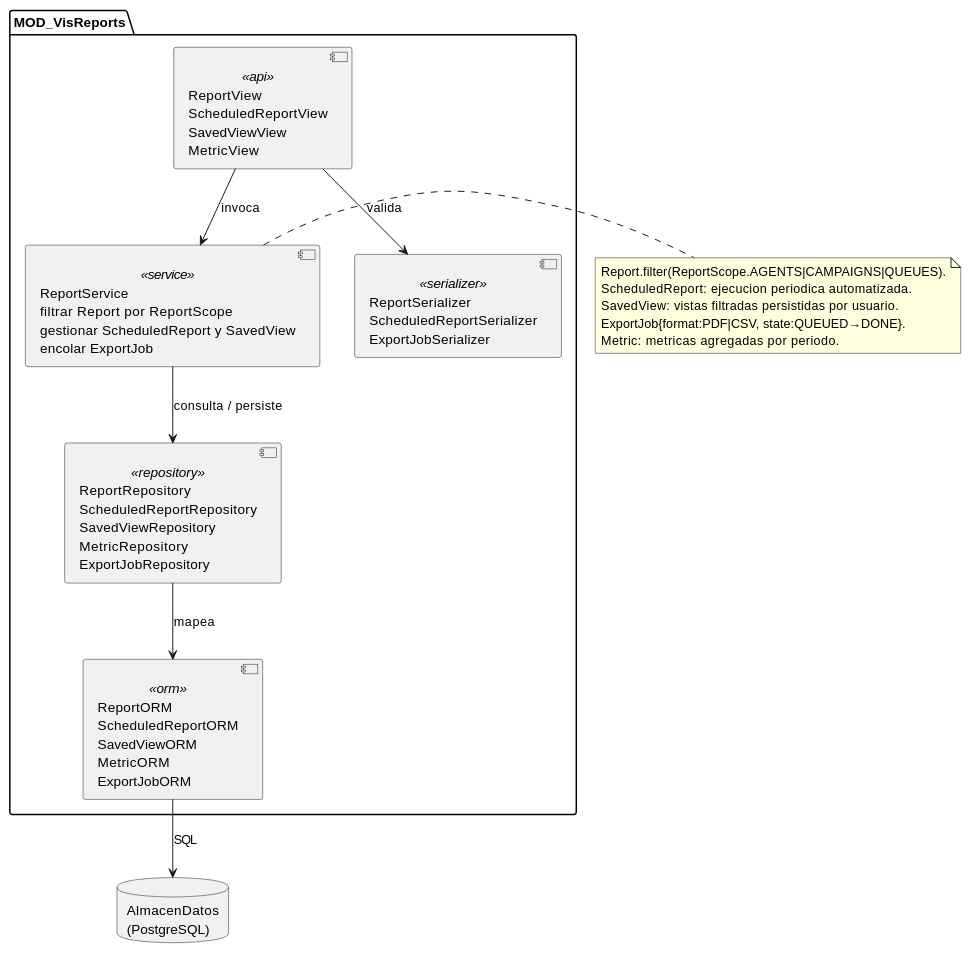
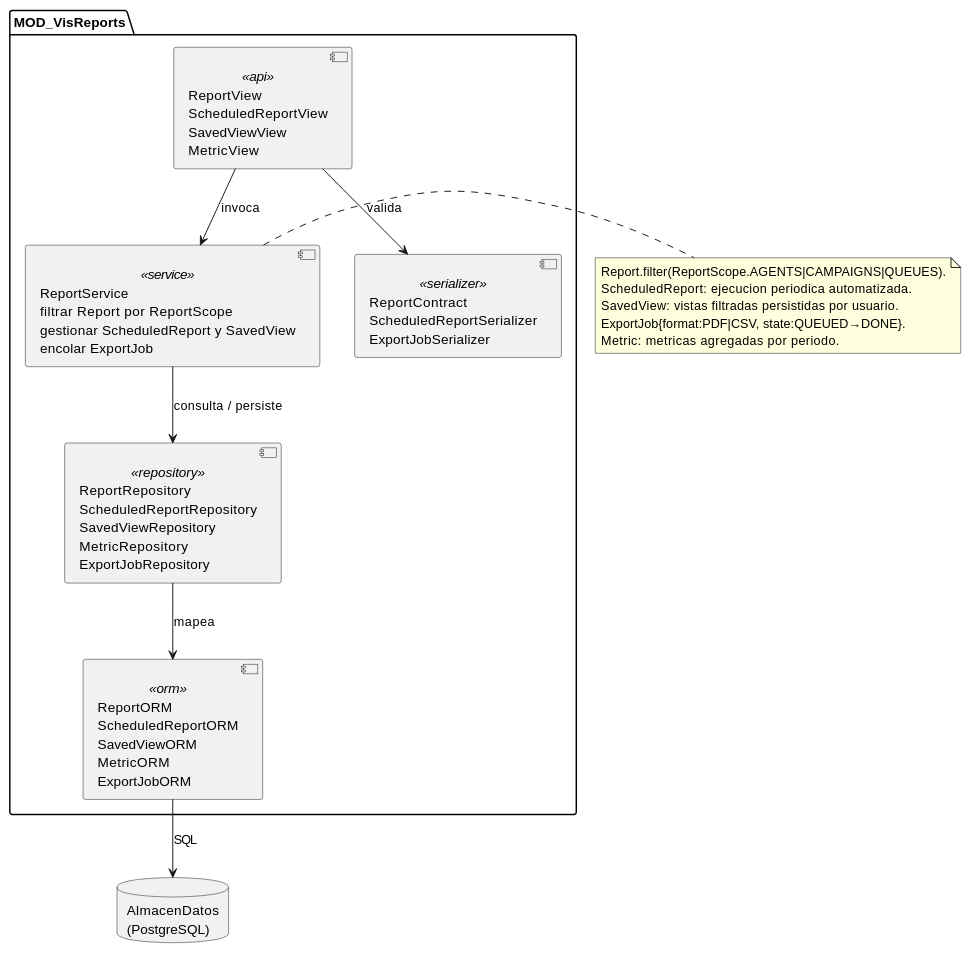
Before and after one commit to jcg-admin/IACT-docs: the diagram in source/arquitectura-tecnica/implementation-view/impl-reports.rst, drawn with PlantUML. The commit also changed 5 other files, not shown here.

```diff
--- a/source/arquitectura-tecnica/implementation-view/impl-reports.rst
+++ b/source/arquitectura-tecnica/implementation-view/impl-reports.rst
@@ -23,30 +23,30 @@
 .. uml::
  :caption: Implementation View MOD_VisReports — componentes de reportes y visualizacion.
 
  @startuml
 
  package "MOD_VisReports" {
    component "ReportView\nScheduledReportView\nSavedViewView\nMetricView" as ReportView <<api>>
-   component "ReportSerializer\nScheduledReportSerializer\nExportJobSerializer" as ReportSerializer <<serializer>>
+   component "ReportContract\nScheduledReportSerializer\nExportJobSerializer" as ReportContract <<serializer>>
    component "ReportService\nfiltrar Report por ReportScope\ngestionar ScheduledReport y SavedView\nencolar ExportJob" as ReportService <<service>>
    component "ReportRepository\nScheduledReportRepository\nSavedViewRepository\nMetricRepository\nExportJobRepository" as ReportRepo <<repository>>
    component "ReportORM\nScheduledReportORM\nSavedViewORM\nMetricORM\nExportJobORM" as ReportORM <<orm>>
  }
 
  database "AlmacenDatos\n(PostgreSQL)" as AlmacenDatos
 
- ReportView --> ReportSerializer : valida
+ ReportView --> ReportContract : valida
  ReportView --> ReportService : invoca
  ReportService --> ReportRepo : consulta / persiste
  ReportRepo --> ReportORM : mapea
  ReportORM --> AlmacenDatos : SQL
 
  note right of ReportService
    Report.filter(ReportScope.AGENTS|CAMPAIGNS|QUEUES).
    ScheduledReport: ejecucion periodica automatizada.
    SavedView: vistas filtradas persistidas por usuario.
    ExportJob{format:PDF|CSV, state:QUEUED→DONE}.
    Metric: metricas agregadas por periodo.
  end note
 
  @enduml
```
